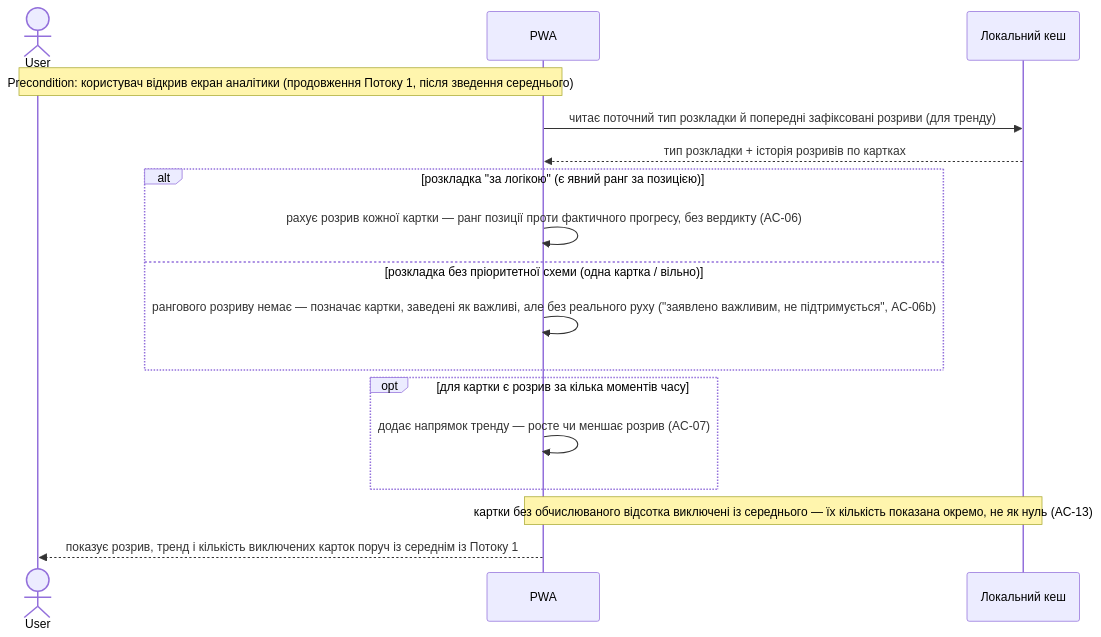
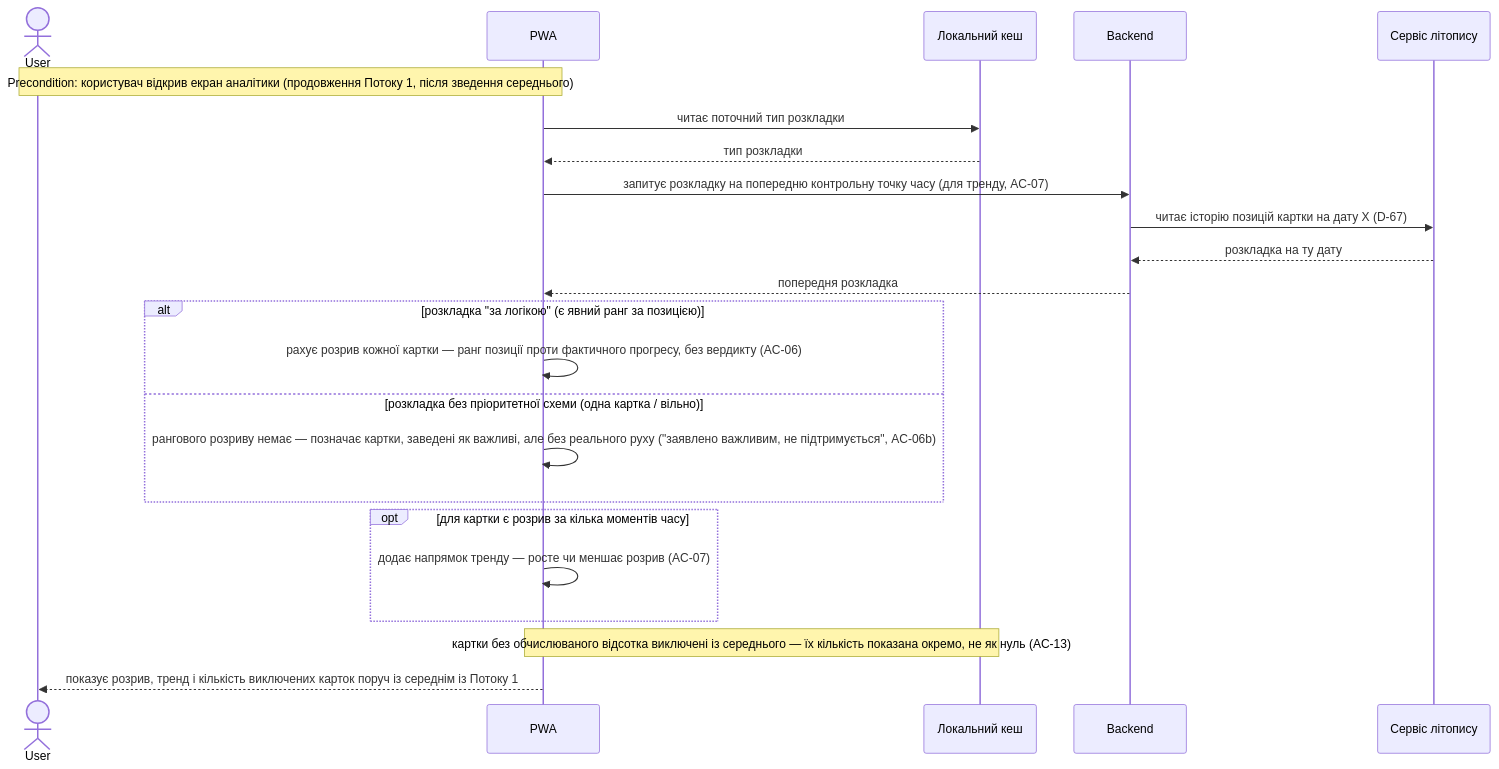
The tenth of 12 diagrams in docs/features/structure/sad.md (danyllukandrey-cloud/claude-workspace), drawn with Mermaid before and after one commit. The commit also changed other lines of this file and 1 other file, not shown here.

Commit message:
docs(structure): сервіс літопису отримує читання для тренду розриву
При проєктуванні схеми даних зʼясувалось, що AC-07 (тренд розриву)
потребує "яка була розкладка раніше" - а сервіс літопису (ADR-0004)
поки вмів лише приймати нові події, не читати їх назад.

Рушій сховища літопису - PostgreSQL, окрема схема/інстанс (той
самий, що основний бекенд, D-59) - не додаємо другу технологію.

Оновлено sad.md: новий Rel Backend -> HistorySvc (§5 C4) і Потік 9
(§6) тепер показує запит попередньої розкладки через бекенд, а не
хибно "з кешу", як було намальовано раніше.

Decision: D-67

````diff
--- a/docs/features/structure/sad.md
+++ b/docs/features/structure/sad.md
@@ -306,20 +307,26 @@
 ```mermaid
 sequenceDiagram
     actor User
     participant PWA
     participant Cache as Локальний кеш
+    participant Backend
+    participant HistorySvc as Сервіс літопису
 
     Note over User,PWA: Precondition: користувач відкрив екран аналітики (продовження Потоку 1, після зведення середнього)
-    PWA->>Cache: читає поточний тип розкладки й попередні зафіксовані розриви (для тренду)
-    Cache-->>PWA: тип розкладки + історія розривів по картках
+    PWA->>Cache: читає поточний тип розкладки
+    Cache-->>PWA: тип розкладки
+    PWA->>Backend: запитує розкладку на попередню контрольну точку часу (для тренду, AC-07)
+    Backend->>HistorySvc: читає історію позицій картки на дату X (D-67)
+    HistorySvc-->>Backend: розкладка на ту дату
+    Backend-->>PWA: попередня розкладка
     alt розкладка "за логікою" (є явний ранг за позицією)
         PWA->>PWA: рахує розрив кожної картки — ранг позиції проти фактичного прогресу, без вердикту (AC-06)
     else розкладка без пріоритетної схеми (одна картка / вільно)
         PWA->>PWA: рангового розриву немає — позначає картки, заведені як важливі, але без реального руху ("заявлено важливим, не підтримується", AC-06b)
     end
     opt для картки є розрив за кілька моментів часу
         PWA->>PWA: додає напрямок тренду — росте чи меншає розрив (AC-07)
     end
     Note over PWA,Cache: картки без обчислюваного відсотка виключені із середнього — їх кількість показана окремо, не як нуль (AC-13)
     PWA-->>User: показує розрив, тренд і кількість виключених карток поруч із середнім із Потоку 1
 ```
````
